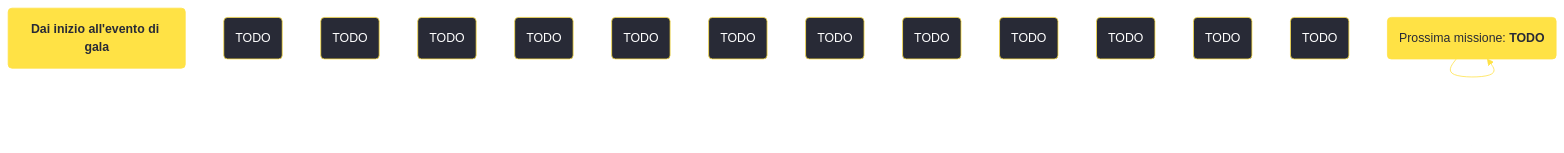
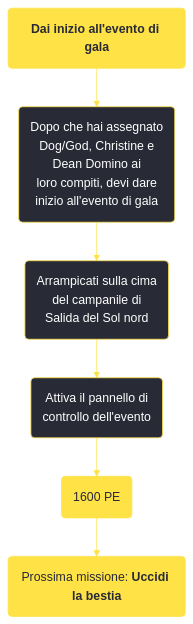
One commit to persy/wastelander changed the diagram in content/voci/fallout new vegas/missioni/Dai inizio all'evento di gala.md. Above: the diagram before and after it, drawn with Mermaid. The commit also changed 174 other files, not shown here.

````diff
--- a/content/voci/fallout new vegas/missioni/Dai inizio all'evento di gala.md
+++ b/content/voci/fallout new vegas/missioni/Dai inizio all'evento di gala.md
@@ -32,24 +32,16 @@
 ```mermaid
 %%{init: {'theme': 'base', 'themeVariables': { 'primaryColor': '#282a36', 'primaryBorderColor': '#ffe245', 'primaryTextColor': '#fff', 'lineColor': '#ffe245', 'fontFamily': 'Jura'}}}%%
 graph TD;
     id1(<b>Dai inizio all'evento di gala</b>):::questfnv
-    id2(TODO)
-    id3(TODO)
-    id4(TODO)
-    id5(TODO)
-    id6(TODO)
-    id7(TODO) 
-    id8(TODO)
-    id9(TODO)
-    id10(TODO)
-    id11(TODO)
-    id12(TODO)
-    id13(TODO) 
-    id(TODO):::rewardfnv
-    id(Prossima missione: <b>TODO</b>):::questfnv
-    id-->id-->id-->id-->id-->id-->id
+    id2(Dopo che hai assegnato <br />Dog/God, Christine e <br />Dean Domino ai <br />loro compiti, devi dare <br />inizio all'evento di gala)
+    id3(Arrampicati sulla cima <br />del campanile di <br />Salida del Sol nord)
+    id4(Attiva il pannello di <br />controllo dell'evento)
+    id5(1600 PE):::rewardfnv
+    id6(Prossima missione: <b>Uccidi la bestia</b>):::questfnv
     
-    click id "../TODO"
+    id1-->id2-->id3-->id4-->id5-->id6
+    
+    click id6 "../uccidi-la-bestia"
     classDef rewardfnv fill:#ffe245, stroke:#ffe245, color:#282a36;
     classDef questfnv fill:#ffe245, stroke:#ffe245, color:#282a36;
 ```
````
